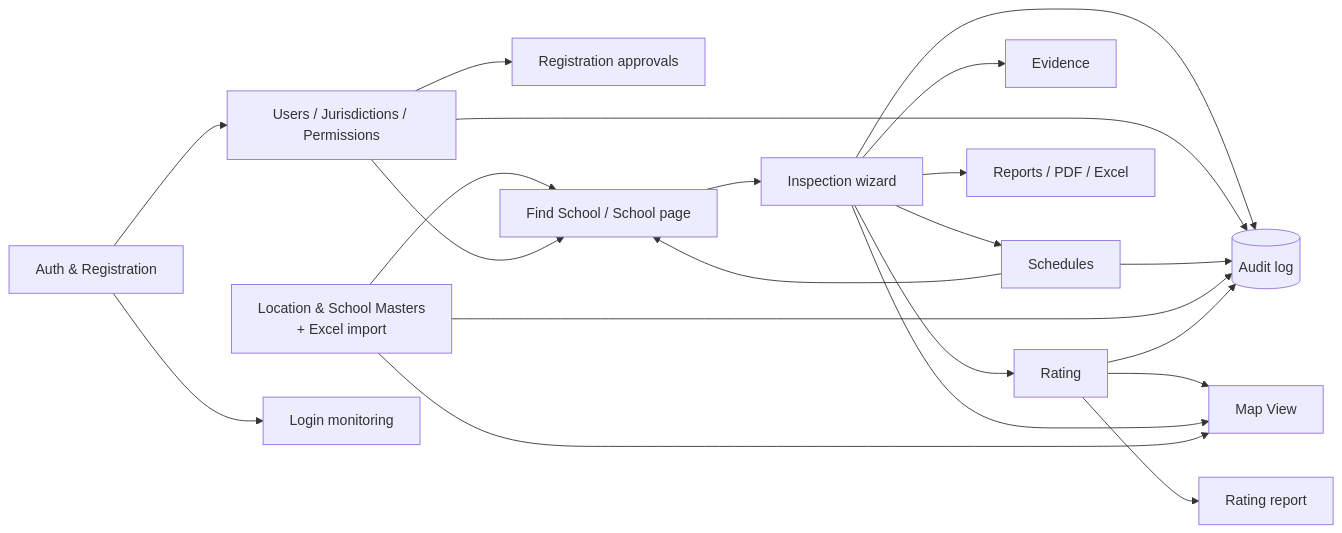
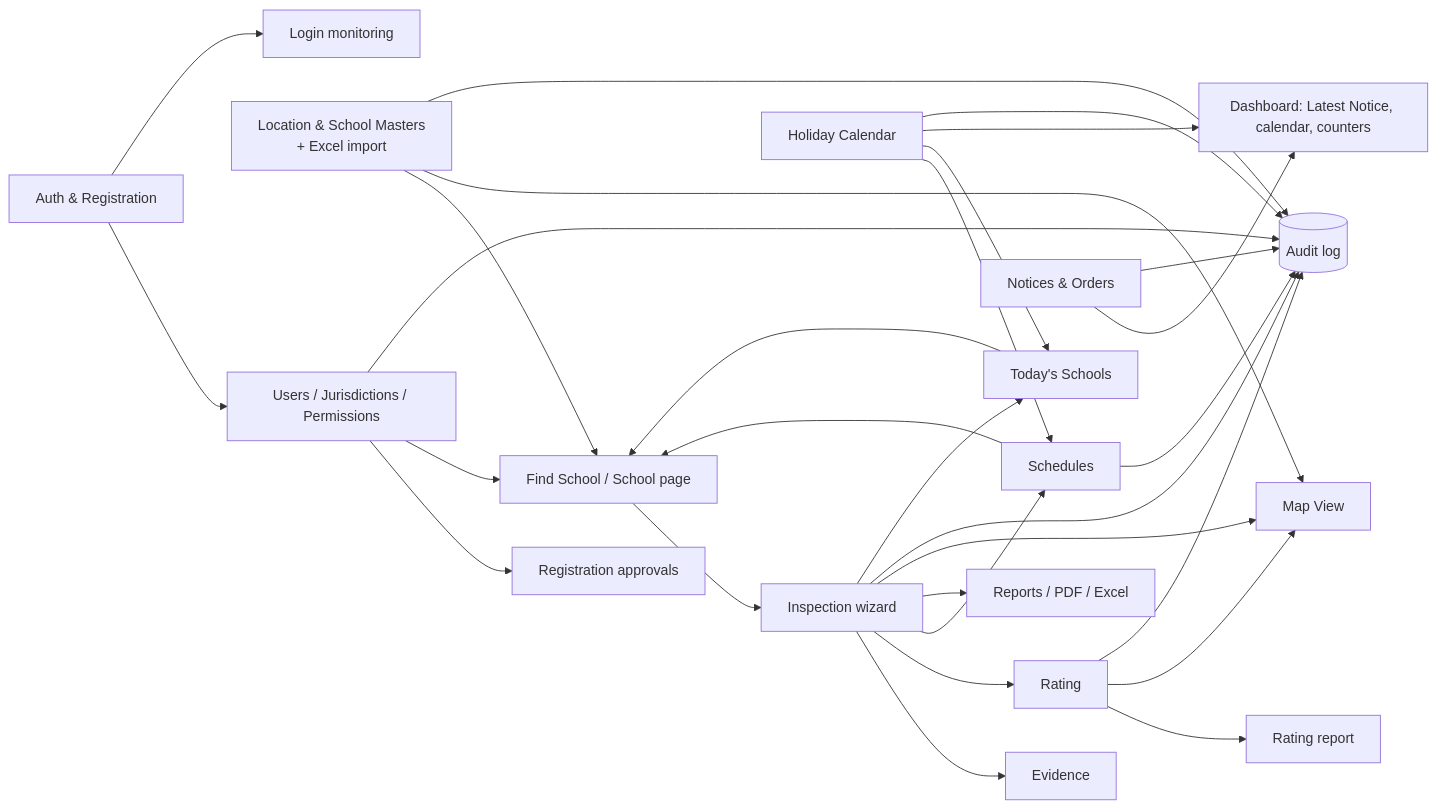
The ninth of 9 diagrams in Product Details/System_Architecture_and_Workflow.md (nathgunajit/school_inspection), drawn with Mermaid before and after one commit. The commit also changed other lines of this file and 7 other files, not shown here.

Commit message:
Product Details brought up to V14: database schema (50 tables, new table blocks), UI pages, project document, file structure and workflows; Word document rebuilt

````diff
--- a/Product Details/System_Architecture_and_Workflow.md
+++ b/Product Details/System_Architecture_and_Workflow.md
@@ -185,24 +185,32 @@
 ```mermaid
 flowchart LR
     AUTH[Auth & Registration] --> USERS[Users / Jurisdictions / Permissions]
     USERS --> APPROVALS[Registration approvals]
     MASTERS[Location & School Masters<br/>+ Excel import] --> SCHOOLS[Find School / School page]
     USERS --> SCHOOLS
     SCHOOLS --> INSP[Inspection wizard]
     SCHED[Schedules] --> SCHOOLS
     INSP --> EVID[Evidence]
     INSP --> RATE[Rating]
     INSP --> SCHED
     INSP --> REP[Reports / PDF / Excel]
     RATE --> RREP[Rating report]
     RATE --> MAP[Map View]
     INSP --> MAP
     MASTERS --> MAP
     AUTH --> MON[Login monitoring]
     AUDIT[(Audit log)]
     INSP --> AUDIT
     USERS --> AUDIT
     SCHED --> AUDIT
     MASTERS --> AUDIT
     RATE --> AUDIT
+    HOL[Holiday Calendar] --> SCHED
+    HOL --> TODAY[Today's Schools]
+    TODAY --> SCHOOLS
+    INSP --> TODAY
+    NOTICE[Notices & Orders] --> DASH[Dashboard: Latest Notice, calendar, counters]
+    HOL --> DASH
+    NOTICE --> AUDIT
+    HOL --> AUDIT
 ```
````
